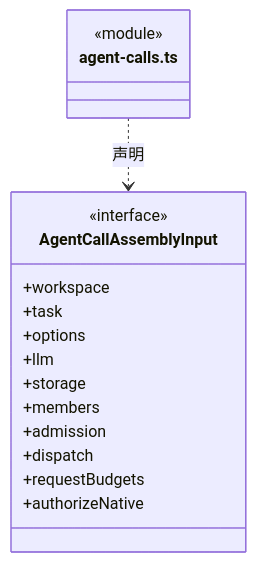
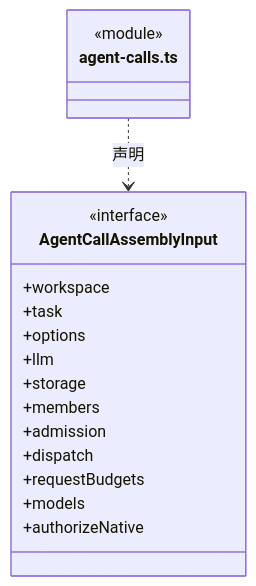
One commit to nan023062/cbim changed the second of 8 diagrams in src/logic/application/assembly/ARCHITECTURE.md. Above: the diagram before and after it, drawn with Mermaid. The commit also changed other lines of this file and 39 other files, not shown here.

````diff
--- a/src/logic/application/assembly/ARCHITECTURE.md
+++ b/src/logic/application/assembly/ARCHITECTURE.md
@@ -31,20 +31,21 @@
 ```mermaid
 classDiagram
 class N_src_logic_application_assembly_agent_calls_ts["agent-calls.ts"] {
   <<module>>
 }
 class N_src_logic_application_assembly_agent_calls_ts_AgentCallAssemblyInput["AgentCallAssemblyInput"] {
   <<interface>>
   +workspace
   +task
   +options
   +llm
   +storage
   +members
   +admission
   +dispatch
   +requestBudgets
+  +models
   +authorizeNative
 }
 N_src_logic_application_assembly_agent_calls_ts ..> N_src_logic_application_assembly_agent_calls_ts_AgentCallAssemblyInput : 声明
 ```
````
